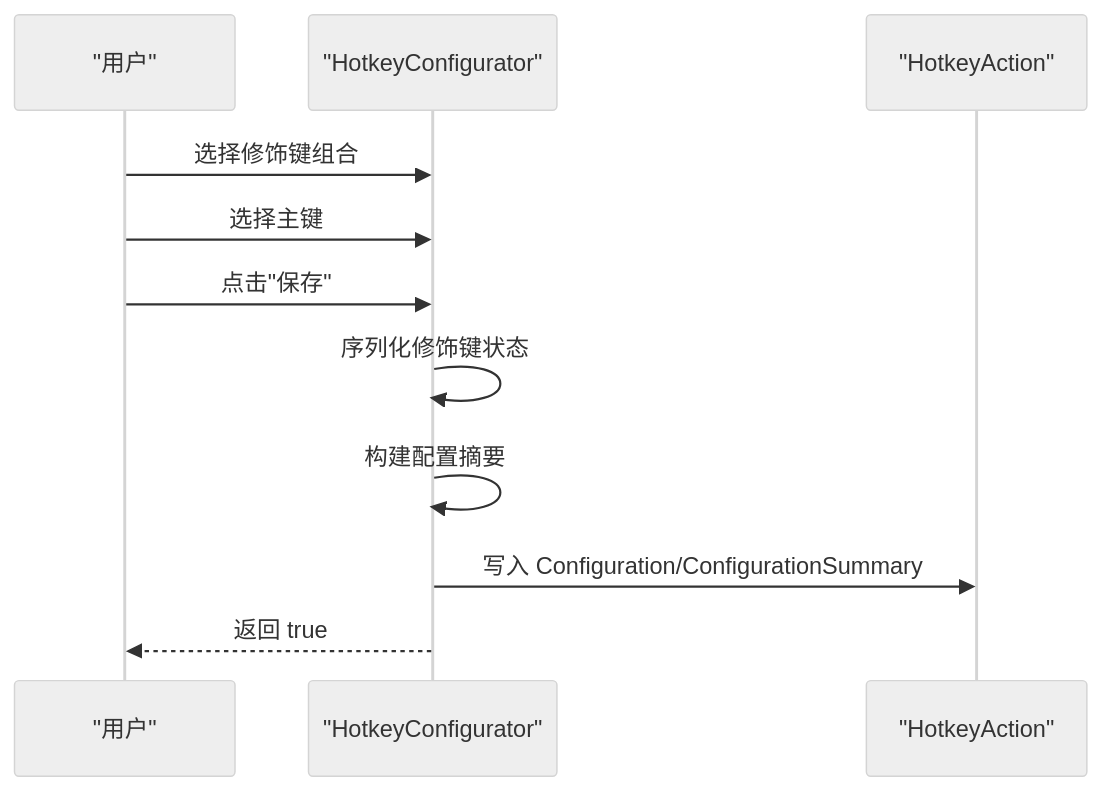
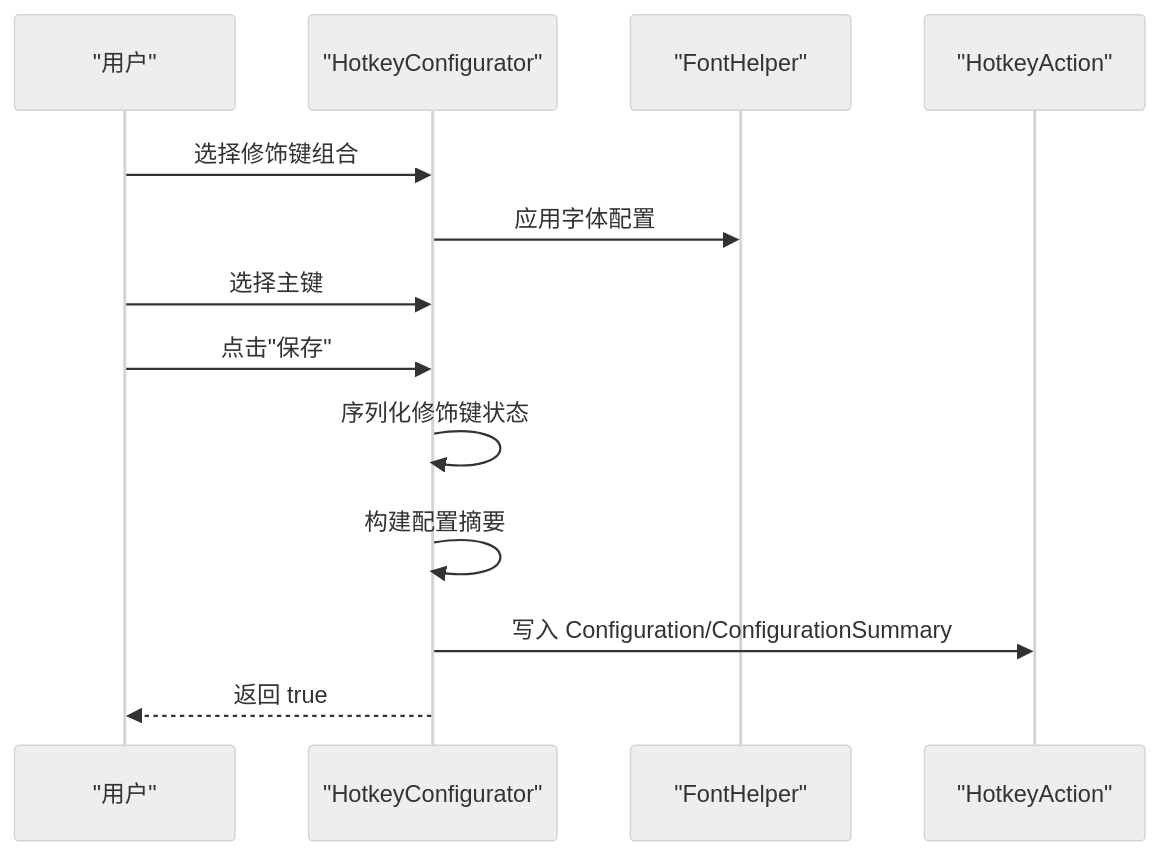
Before and after one commit to tea4go/Macro-Deck-Windows-Utils-Plugin: diagram 11 of 18 in .qoder/repowiki/zh/content/开发者指南/GUI组件开发/GUI组件开发.md, drawn with Mermaid (neutral theme). The commit also changed other lines of this file and 13 other files, not shown here.

````diff
--- a/.qoder/repowiki/zh/content/开发者指南/GUI组件开发/GUI组件开发.md
+++ b/.qoder/repowiki/zh/content/开发者指南/GUI组件开发/GUI组件开发.md
@@ -279,13 +376,15 @@
 ```mermaid
 sequenceDiagram
 participant U as "用户"
 participant HK as "HotkeyConfigurator"
+participant F as "FontHelper"
 participant A as "HotkeyAction"
 U->>HK : 选择修饰键组合
+HK->>F : 应用字体配置
 U->>HK : 选择主键
 U->>HK : 点击"保存"
 HK->>HK : 序列化修饰键状态
 HK->>HK : 构建配置摘要
 HK->>A : 写入 Configuration/ConfigurationSummary
 HK-->>U : 返回 true
 ```
````
